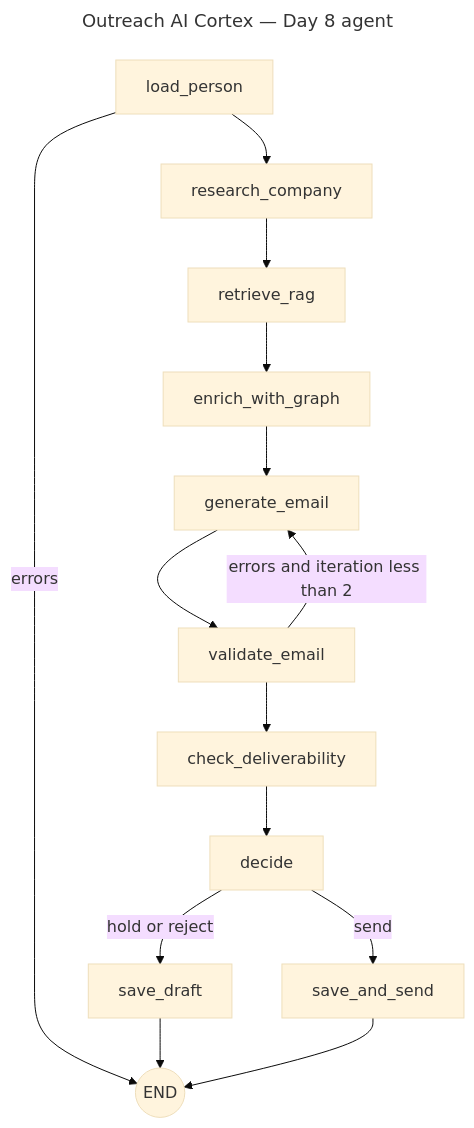
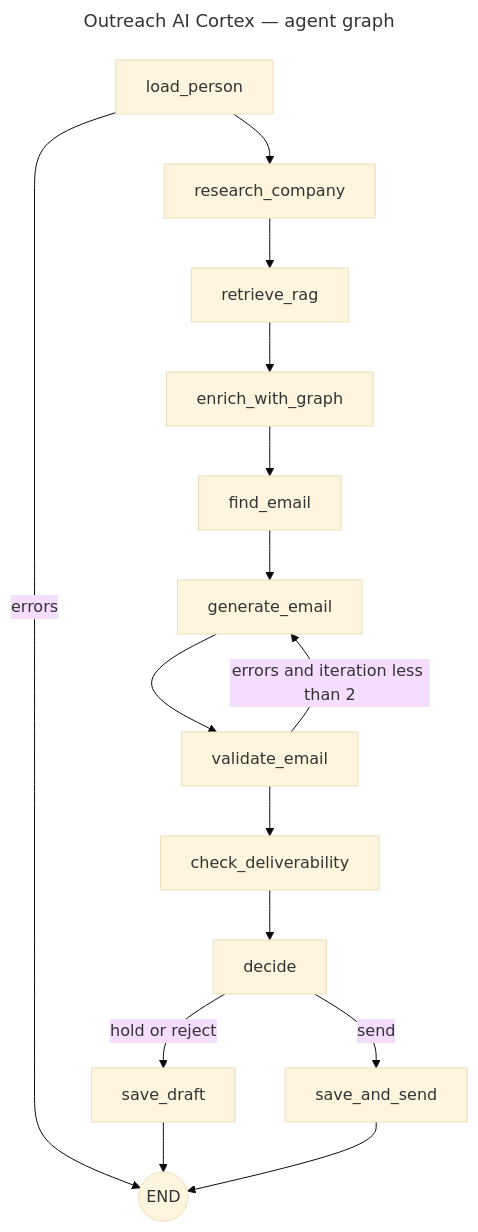
The diagram in docs/agent_graph.mmd (KirillUnity/outreach-ai-corte), drawn with Mermaid (base theme) before and after one commit. The commit also changed 36 other files, not shown here.

Commit message:
[EMAIL-FINDER] Day 17: pattern generation, Hunter.io integration, SMTP verification mock, agent integration

```diff
--- a/docs/agent_graph.mmd
+++ b/docs/agent_graph.mmd
@@ -1,29 +1,31 @@
 ---
-title: Outreach AI Cortex — Day 8 agent
+title: Outreach AI Cortex — agent graph
 ---
 flowchart TD
     load_person[load_person]
     research_company[research_company]
     retrieve_rag[retrieve_rag]
     enrich_with_graph[enrich_with_graph]
+    find_email[find_email]
     generate_email[generate_email]
     validate_email[validate_email]
     check_deliverability[check_deliverability]
     decide[decide]
     save_draft[save_draft]
     save_and_send[save_and_send]
     END((END))
 
     load_person -->|errors| END
     load_person --> research_company
     research_company --> retrieve_rag
     retrieve_rag --> enrich_with_graph
-    enrich_with_graph --> generate_email
+    enrich_with_graph --> find_email
+    find_email --> generate_email
     generate_email --> validate_email
     validate_email -->|errors and iteration less than 2| generate_email
     validate_email --> check_deliverability
     check_deliverability --> decide
     decide -->|send| save_and_send
     decide -->|hold or reject| save_draft
     save_draft --> END
     save_and_send --> END
```
